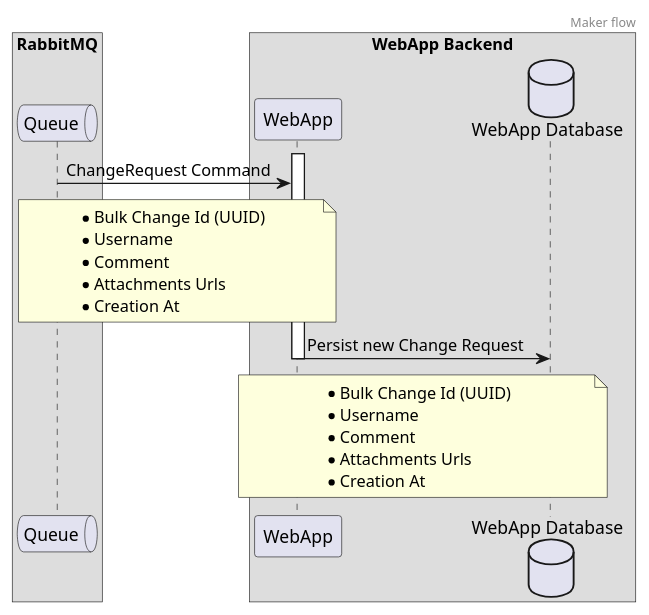
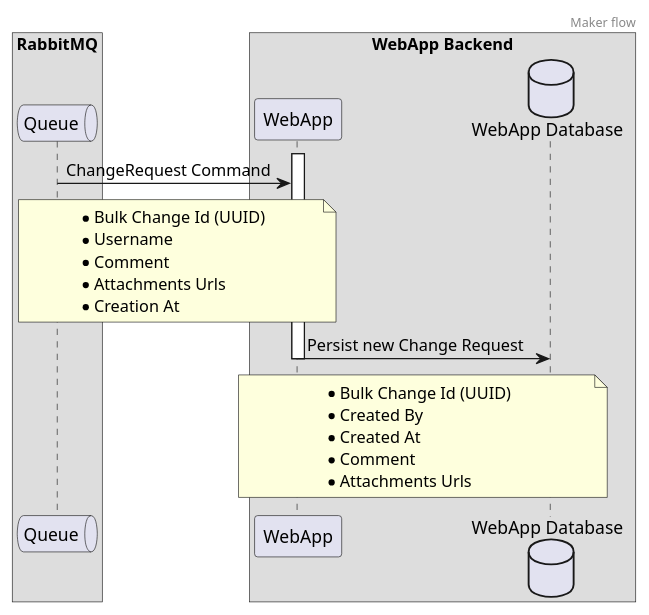
Before and after one commit to ngraczykowski/iris-root: the diagram in modules/webapp/sens-webapp-documentation/src/docs/asciidoc/adrs/diagrams/handling-change-request-message.puml, drawn with PlantUML. The commit also changed 4 other files, not shown here.

```diff
--- a/modules/webapp/sens-webapp-documentation/src/docs/asciidoc/adrs/diagrams/handling-change-request-message.puml
+++ b/modules/webapp/sens-webapp-documentation/src/docs/asciidoc/adrs/diagrams/handling-change-request-message.puml
@@ -1,35 +1,35 @@
 @startuml
 header Maker flow
 
 box "RabbitMQ"
     queue Queue order 10
 end box
 
 box "WebApp Backend"
     participant Backend as "WebApp" order 20
     database WebAppDB as "WebApp Database" order 30
 end box
 
 activate Backend
 
 Queue -> Backend : ChangeRequest Command
     note over Queue, Backend
         * Bulk Change Id (UUID)
         * Username
         * Comment
         * Attachments Urls
         * Creation At
     end note
 
 Backend -> WebAppDB : Persist new Change Request
     note over Backend, WebAppDB
         * Bulk Change Id (UUID)
-        * Username
+        * Created By
+        * Created At
         * Comment
         * Attachments Urls
-        * Creation At
     end note
 
 deactivate Backend
 
 @enduml
```
